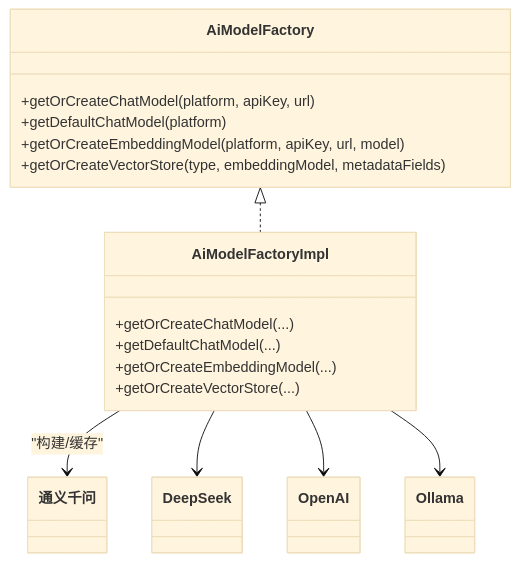
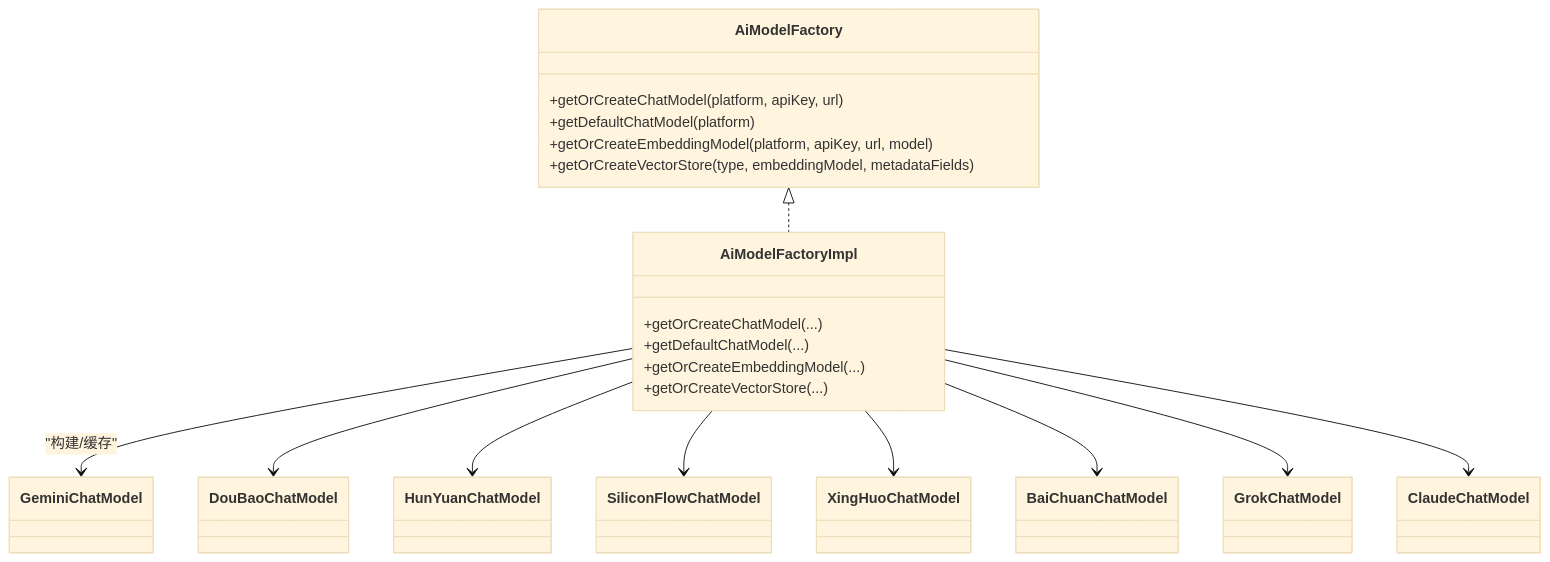
Before and after one commit to X555LB/data-ai: the third of 4 diagrams in .qoder/repowiki/zh/content/AI模型管理/AI平台集成.md, drawn with Mermaid (base theme). The commit also changed other lines of this file and 9 other files, not shown here.

````diff
--- a/.qoder/repowiki/zh/content/AI模型管理/AI平台集成.md
+++ b/.qoder/repowiki/zh/content/AI模型管理/AI平台集成.md
@@ -150,24 +176,32 @@
 ```mermaid
 classDiagram
 class AiModelFactory {
 +getOrCreateChatModel(platform, apiKey, url)
 +getDefaultChatModel(platform)
 +getOrCreateEmbeddingModel(platform, apiKey, url, model)
 +getOrCreateVectorStore(type, embeddingModel, metadataFields)
 }
 class AiModelFactoryImpl {
 +getOrCreateChatModel(...)
 +getDefaultChatModel(...)
 +getOrCreateEmbeddingModel(...)
 +getOrCreateVectorStore(...)
 }
-class 通义千问
-class DeepSeek
-class OpenAI
-class Ollama
+class GeminiChatModel
+class DouBaoChatModel
+class HunYuanChatModel
+class SiliconFlowChatModel
+class XingHuoChatModel
+class BaiChuanChatModel
+class GrokChatModel
+class ClaudeChatModel
 AiModelFactory <|.. AiModelFactoryImpl
-AiModelFactoryImpl --> 通义千问 : "构建/缓存"
-AiModelFactoryImpl --> DeepSeek
-AiModelFactoryImpl --> OpenAI
-AiModelFactoryImpl --> Ollama
+AiModelFactoryImpl --> GeminiChatModel : "构建/缓存"
+AiModelFactoryImpl --> DouBaoChatModel
+AiModelFactoryImpl --> HunYuanChatModel
+AiModelFactoryImpl --> SiliconFlowChatModel
+AiModelFactoryImpl --> XingHuoChatModel
+AiModelFactoryImpl --> BaiChuanChatModel
+AiModelFactoryImpl --> GrokChatModel
+AiModelFactoryImpl --> ClaudeChatModel
 ```
````
